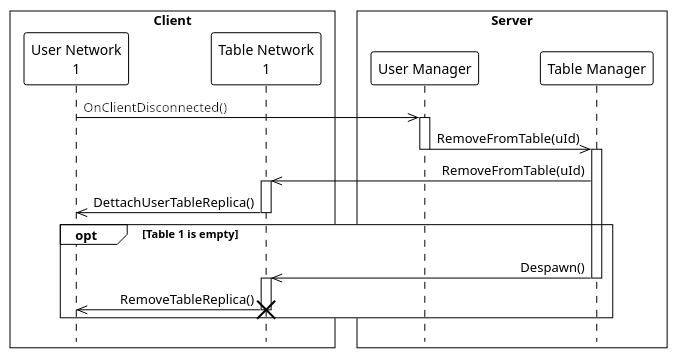
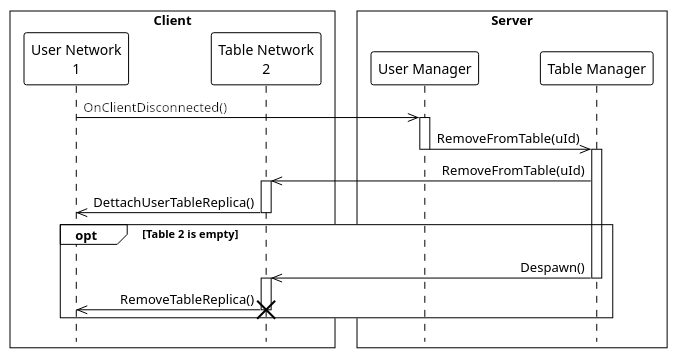
The diagram in Documentation/diagrams/src/disconnect.puml (Homailot/replico), drawn with PlantUML before and after one commit. The commit also changed 5 other files, not shown here.

```diff
--- a/Documentation/diagrams/src/disconnect.puml
+++ b/Documentation/diagrams/src/disconnect.puml
@@ -1,32 +1,32 @@
 @startuml disconnect
 hide footbox
 !theme plain
 !pragma teoz true
 skinparam sequenceMessageAlign direction
 skinparam lifelineStrategy dashed
 
 box Client
     participant "User Network\n1" as User1
-    participant "Table Network\n1" as Table1
+    participant "Table Network\n2" as Table1
 end box
 
 Box Server
     participant "User Manager" as UserM
     participant "Table Manager" as TableM
 end box
 
 User1 ->> UserM:<back:#FFFFFF>OnClientDisconnected()
 activate UserM
 UserM ->> TableM : RemoveFromTable(uId)
 deactivate UserM
 activate TableM
 TableM ->> Table1 ++: RemoveFromTable(uId)
 Table1 ->> User1 --: DettachUserTableReplica()
-opt Table 1 is empty
+opt Table 2 is empty
     TableM ->> Table1: Despawn()
     activate Table1
     deactivate TableM
     Table1 ->> User1: RemoveTableReplica()
     destroy Table1
 end
 @enduml
```
